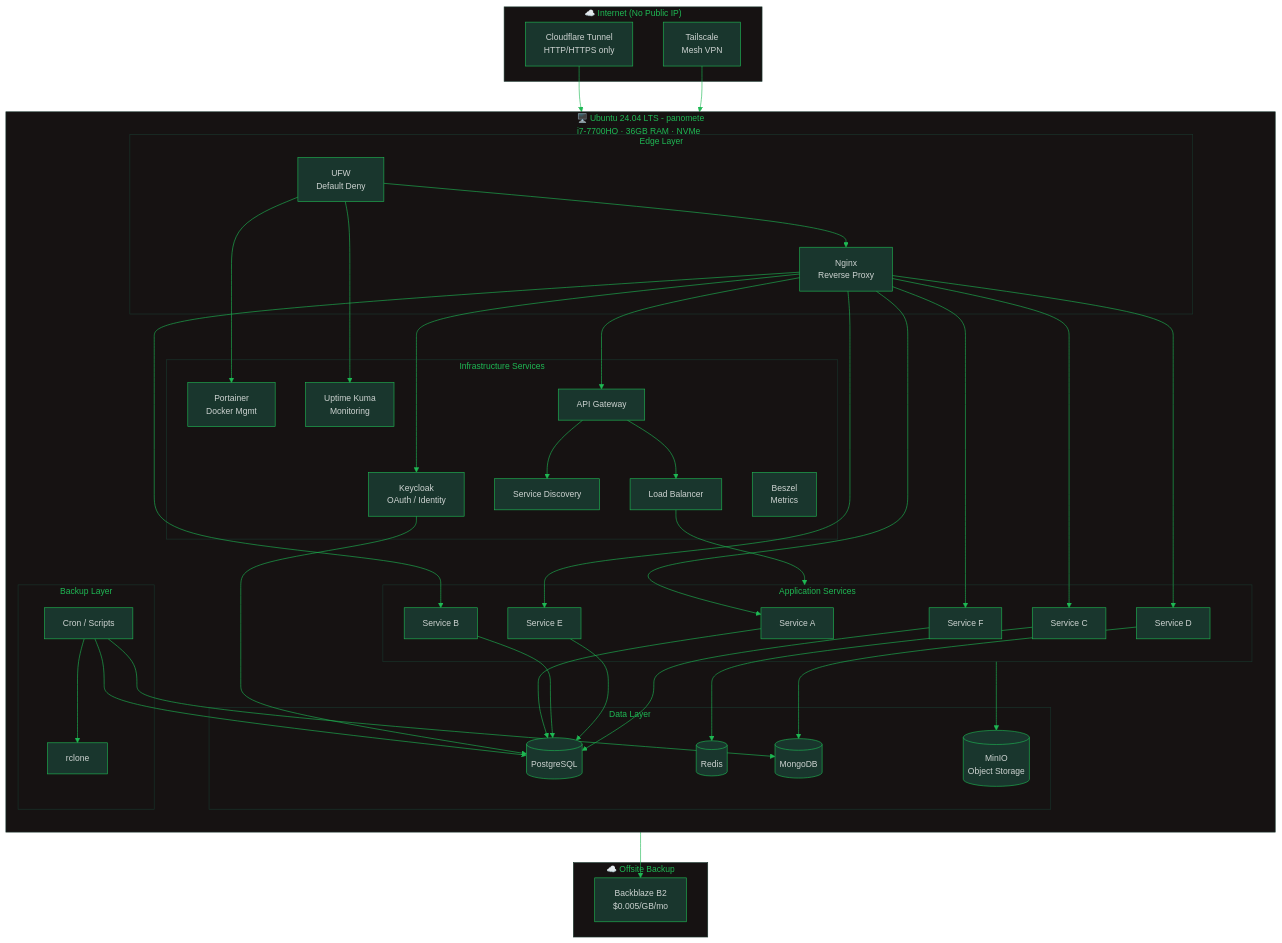
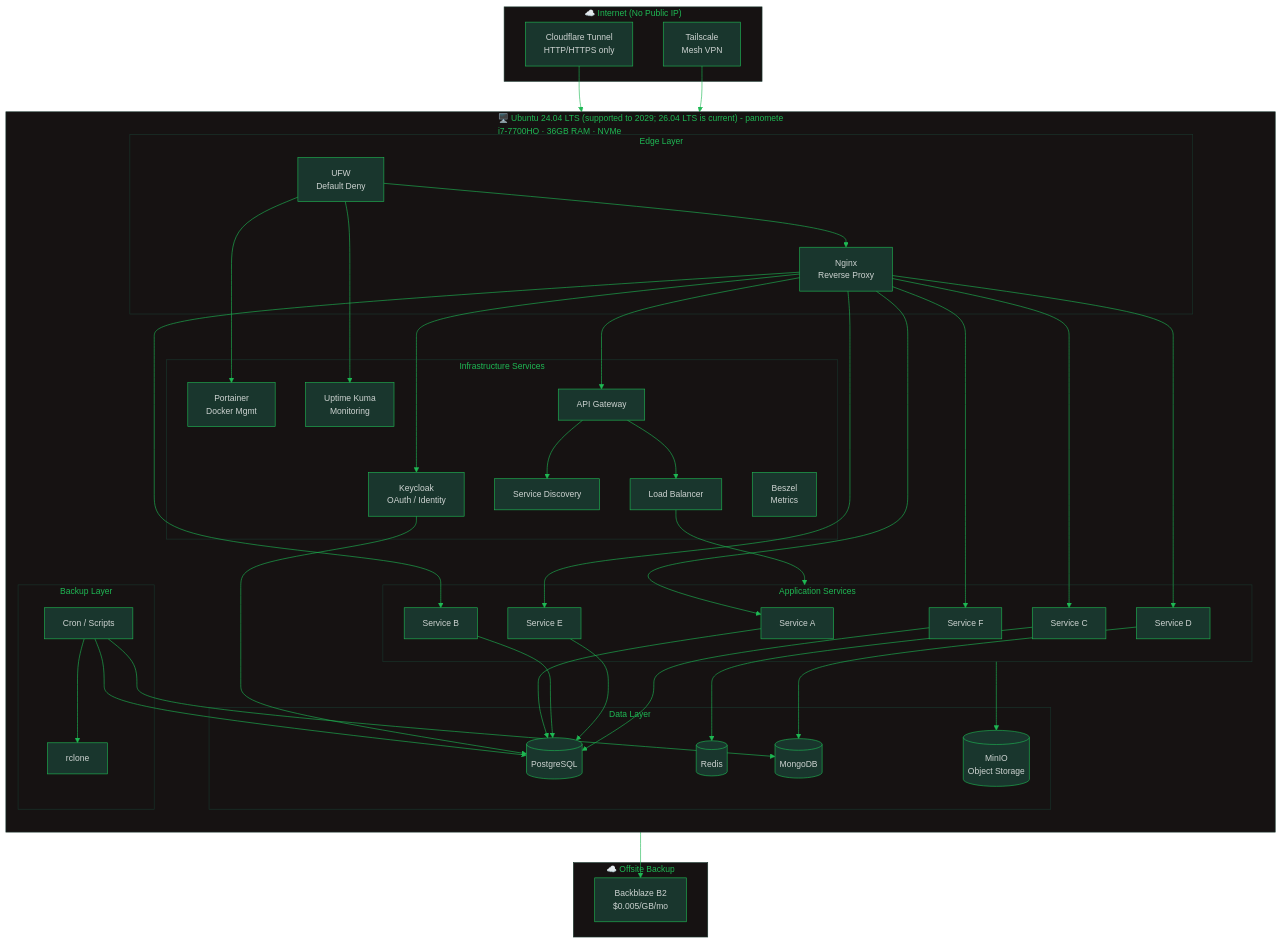
One commit to oat431/swe-knowledge changed the diagram in checklist/infra-checklist/homelab-infra.md. Above: the diagram before and after it, drawn with Mermaid. The commit also changed other lines of this file and 67 other files, not shown here.

```diff
--- a/checklist/infra-checklist/homelab-infra.md
+++ b/checklist/infra-checklist/homelab-infra.md
@@ -189,7 +189,7 @@
         TS["Tailscale\nMesh VPN"]
     end
 
-    subgraph Server["🖥️ Ubuntu 24.04 LTS - panomete\ni7-7700HQ · 36GB RAM · NVMe"]
+    subgraph Server["🖥️ Ubuntu 24.04 LTS (supported to 2029; 26.04 LTS is current) - panomete\ni7-7700HQ · 36GB RAM · NVMe"]
         direction TB
 
         subgraph Edge["Edge Layer"]
```
